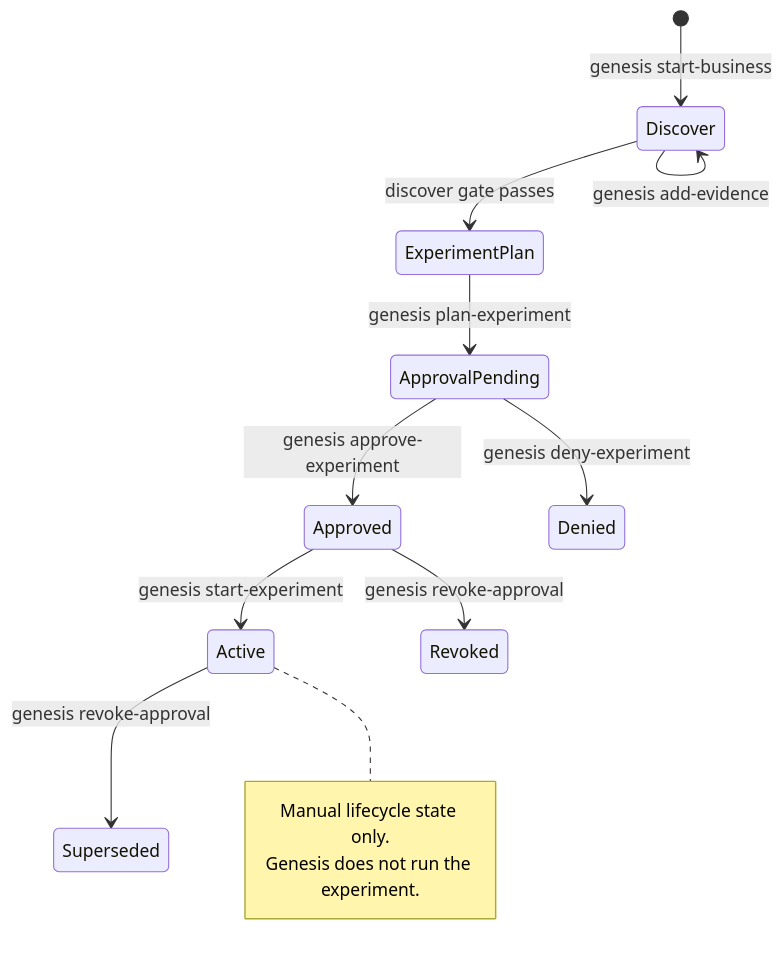
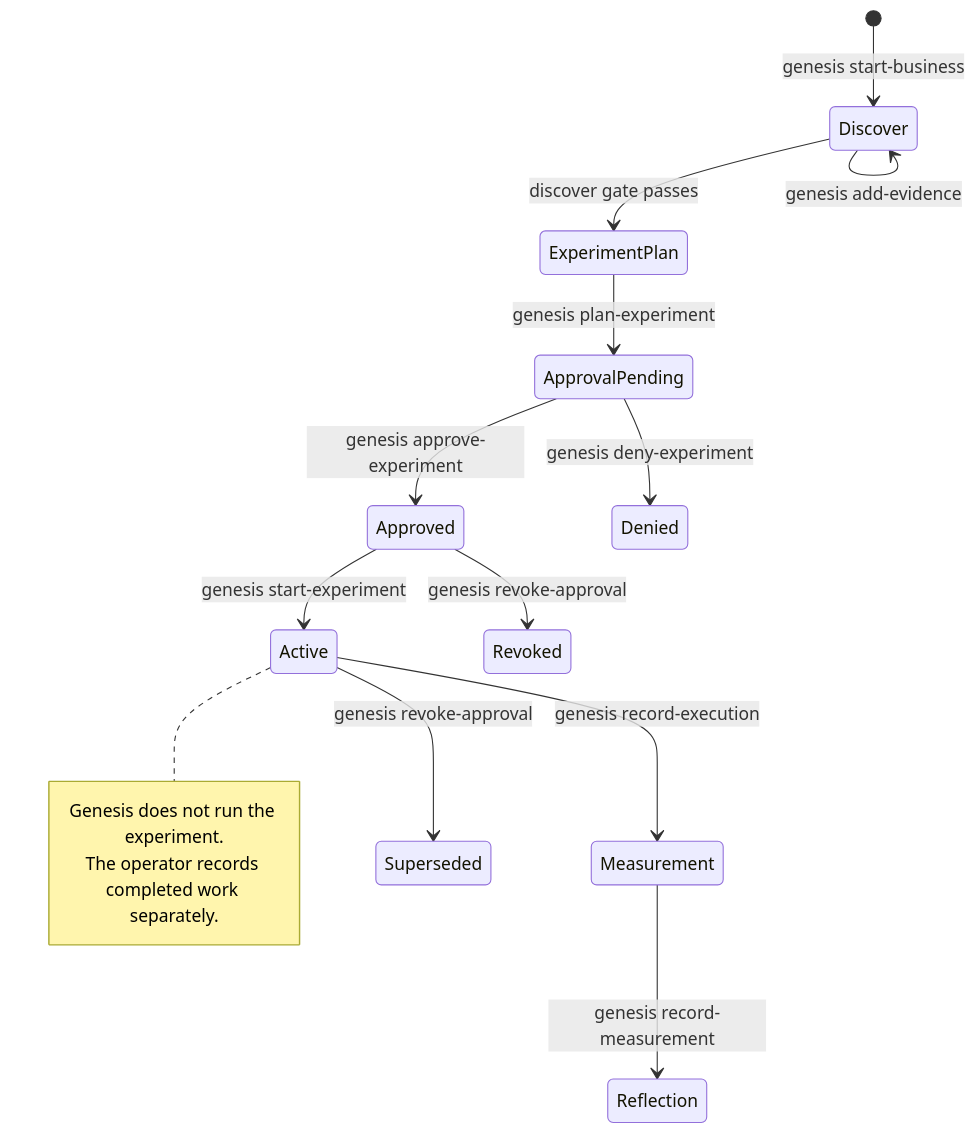
One commit to zee-cpu/Genesis changed the second of 3 diagrams in README.md. Above: the diagram before and after it, drawn with Mermaid. The commit also changed other lines of this file and 10 other files, not shown here.

Commit message:
feat: record experiment execution and measurement

````diff
--- a/README.md
+++ b/README.md
@@ -109,16 +114,18 @@
 ```mermaid
 stateDiagram-v2
     [*] --> Discover: genesis start-business
     Discover --> Discover: genesis add-evidence
     Discover --> ExperimentPlan: discover gate passes
     ExperimentPlan --> ApprovalPending: genesis plan-experiment
     ApprovalPending --> Approved: genesis approve-experiment
     ApprovalPending --> Denied: genesis deny-experiment
     Approved --> Active: genesis start-experiment
+    Active --> Measurement: genesis record-execution
+    Measurement --> Reflection: genesis record-measurement
     Approved --> Revoked: genesis revoke-approval
     Active --> Superseded: genesis revoke-approval
     note right of Active
-      Manual lifecycle state only.
       Genesis does not run the experiment.
+      The operator records completed work separately.
     end note
 ```
````
